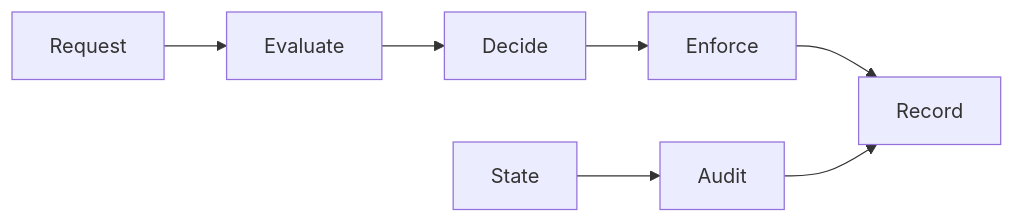
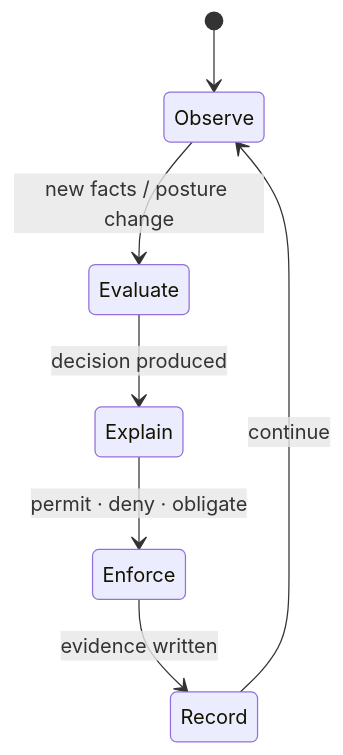
Before and after one commit to robmoffat/ten-governance-factors: the diagram in docs/factors/continuous-governance.mdx, drawn with Mermaid. The commit also changed other lines of this file and 13 other files, not shown here.

````diff
--- a/docs/factors/continuous-governance.mdx
+++ b/docs/factors/continuous-governance.mdx
@@ -91,5 +92,9 @@
 ```mermaid
-flowchart LR
-Request --> Evaluate --> Decide --> Enforce --> Record
-State --> Audit --> Record
+stateDiagram-v2
+  [*] --> Observe
+  Observe --> Evaluate: new facts / posture change
+  Evaluate --> Explain: decision produced
+  Explain --> Enforce: permit · deny · obligate
+  Enforce --> Record: evidence written
+  Record --> Observe: continue
 ```
````
